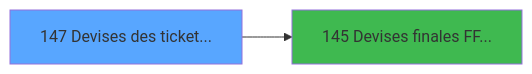
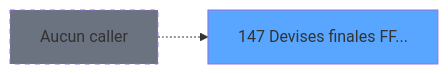
The second of 3 diagrams in .openspec/specs/ADH-IDE-147.md (thonyAGP/magic-migration), drawn with Mermaid before and after one commit. The commit also changed other lines of this file and 311 other files, not shown here.

````diff
--- a/.openspec/specs/ADH-IDE-147.md
+++ b/.openspec/specs/ADH-IDE-147.md
@@ -405,8 +151,8 @@
 ```mermaid
 graph LR
-    T147[147 Devises des ticket...]
+    T147[147 Devises finales FF...]
     style T147 fill:#58a6ff
-    C145[145 Devises finales FF...]
-    T147 --> C145
-    style C145 fill:#3fb950
+    NONE[Aucun caller]
+    NONE -.-> T147
+    style NONE fill:#6b7280,stroke-dasharray: 5 5
 ```
````
